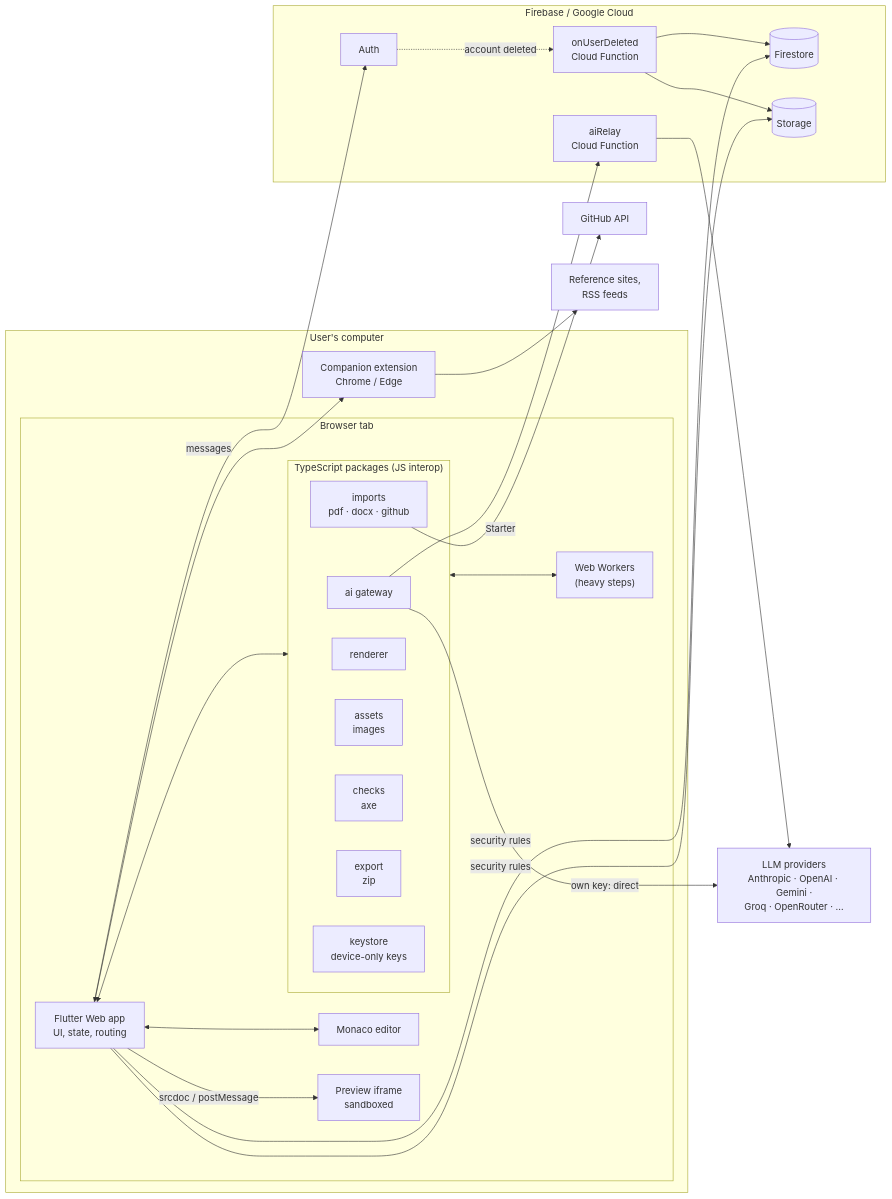
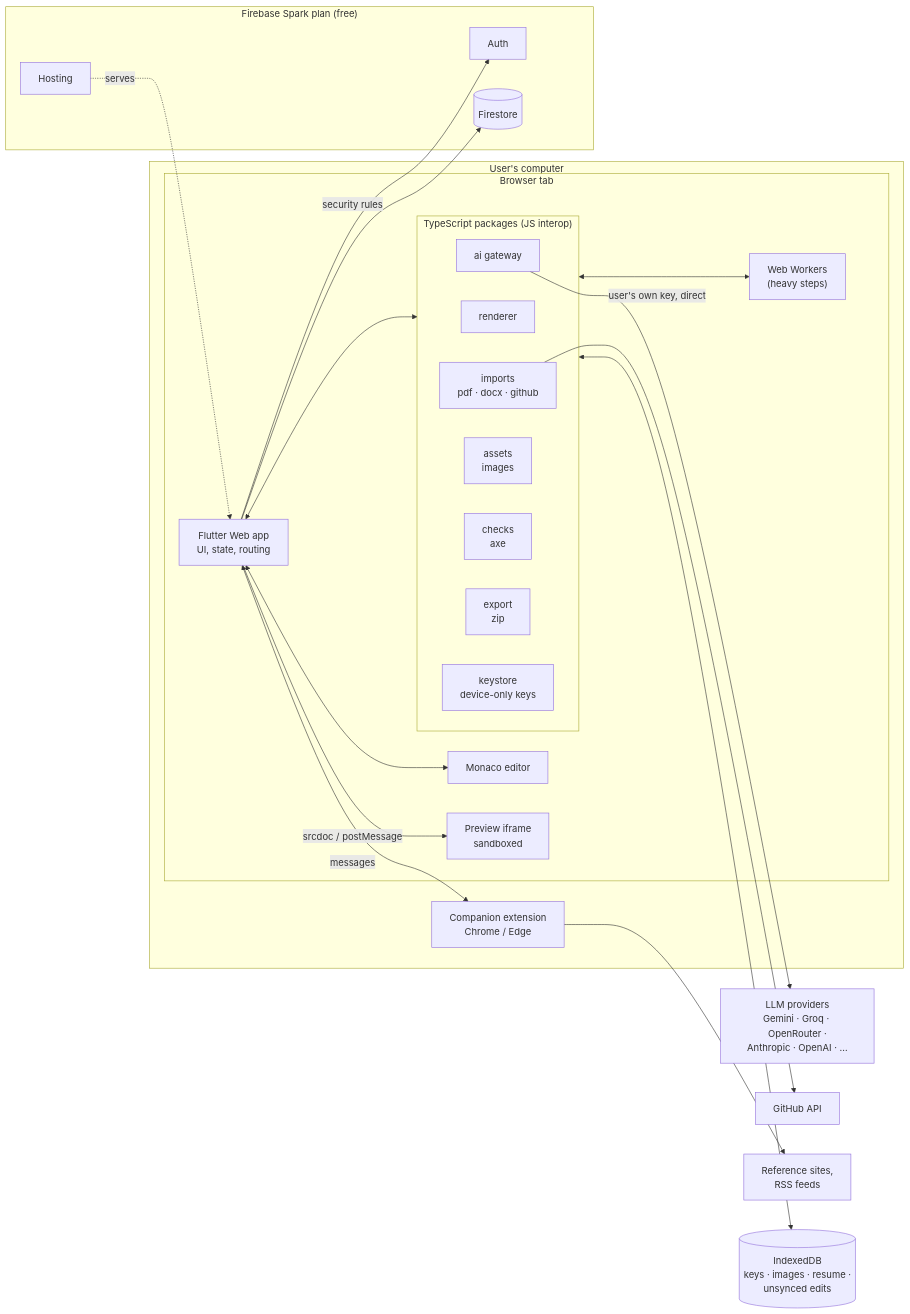
Before and after one commit to iamsanuponnulli-hue/PORTFOLIO-BUILDER: the first of 17 diagrams in docs/ARCHITECTURE.md, drawn with Mermaid. The commit also changed other lines of this file and 38 other files, not shown here.

First line of the commit message:
Zero-cost setup: Firebase free Spark plan only, no server code

````diff
--- a/docs/ARCHITECTURE.md
+++ b/docs/ARCHITECTURE.md
@@ -29,49 +28,45 @@
 ```mermaid
 flowchart LR
   subgraph PC["User's computer"]
     subgraph Browser["Browser tab"]
       FA["Flutter Web app<br/>UI, state, routing"]
       subgraph TS["TypeScript packages (JS interop)"]
         RJ["renderer"]
         AI["ai gateway"]
         IM["imports<br/>pdf · docx · github"]
         AS["assets<br/>images"]
         CK["checks<br/>axe"]
         EX["export<br/>zip"]
         KS["keystore<br/>device-only keys"]
       end
       WK["Web Workers<br/>(heavy steps)"]
       MO["Monaco editor"]
       IF["Preview iframe<br/>sandboxed"]
     end
     EXT["Companion extension<br/>Chrome / Edge"]
   end
 
-  subgraph FB["Firebase / Google Cloud"]
+  subgraph FB["Firebase Spark plan (free)"]
     AUTH["Auth"]
     FS[("Firestore")]
-    ST[("Storage")]
-    RELAY["aiRelay<br/>Cloud Function"]
-    DEL["onUserDeleted<br/>Cloud Function"]
+    HOST["Hosting"]
   end
 
-  LLM["LLM providers<br/>Anthropic · OpenAI · Gemini ·<br/>Groq · OpenRouter · …"]
+  LLM["LLM providers<br/>Gemini · Groq · OpenRouter ·<br/>Anthropic · OpenAI · …"]
   GH["GitHub API"]
   REF["Reference sites,<br/>RSS feeds"]
+  IDB[("IndexedDB<br/>keys · images · resume ·<br/>unsynced edits")]
 
   FA <--> TS
   TS <--> WK
   FA <--> MO
   FA -- srcdoc / postMessage --> IF
   FA <-- messages --> EXT
   EXT --> REF
   FA --> AUTH
   FA -- security rules --> FS
-  FA -- security rules --> ST
-  AI -- own key: direct --> LLM
-  AI -- Starter --> RELAY --> LLM
+  HOST -. serves .-> FA
+  TS <--> IDB
+  AI -- user's own key, direct --> LLM
   IM --> GH
-  AUTH -. account deleted .-> DEL
-  DEL --> FS
-  DEL --> ST
 ```
````
